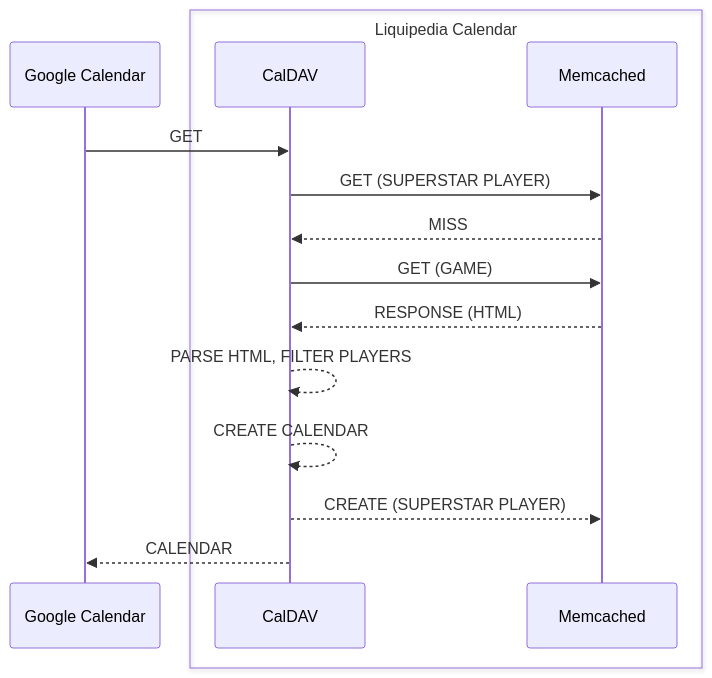
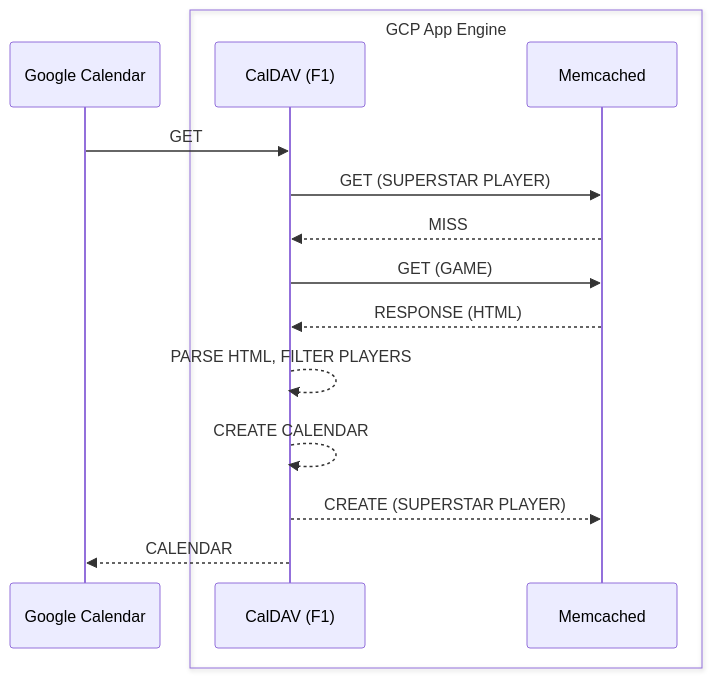
Before and after one commit to Napolitain/liquipedia-calendar: the second of 3 diagrams in DESIGN.md, drawn with Mermaid. The commit also changed other lines of this file, not shown here.

````diff
--- a/DESIGN.md
+++ b/DESIGN.md
@@ -43,17 +43,17 @@
 ```mermaid
 sequenceDiagram
     participant Google Calendar
-    box Liquipedia Calendar
-        participant CalDAV
+    box GCP App Engine
+        participant CalDAV (F1)
         participant Memcached
     end
-    Google Calendar->>CalDAV: GET
-    CalDAV->>Memcached: GET (SUPERSTAR PLAYER)
-    Memcached-->>CalDAV: MISS
-    CalDAV->>Memcached: GET (GAME)
-    Memcached-->>CalDAV: RESPONSE (HTML)
-    CalDAV-->>CalDAV: PARSE HTML, FILTER PLAYERS
-    CalDAV-->>CalDAV: CREATE CALENDAR
-    CalDAV-->>Memcached: CREATE (SUPERSTAR PLAYER)
-    CalDAV-->>Google Calendar: CALENDAR
+    Google Calendar->>CalDAV (F1): GET
+    CalDAV (F1)->>Memcached: GET (SUPERSTAR PLAYER)
+    Memcached-->>CalDAV (F1): MISS
+    CalDAV (F1)->>Memcached: GET (GAME)
+    Memcached-->>CalDAV (F1): RESPONSE (HTML)
+    CalDAV (F1)-->>CalDAV (F1): PARSE HTML, FILTER PLAYERS
+    CalDAV (F1)-->>CalDAV (F1): CREATE CALENDAR
+    CalDAV (F1)-->>Memcached: CREATE (SUPERSTAR PLAYER)
+    CalDAV (F1)-->>Google Calendar: CALENDAR
 ```
````
